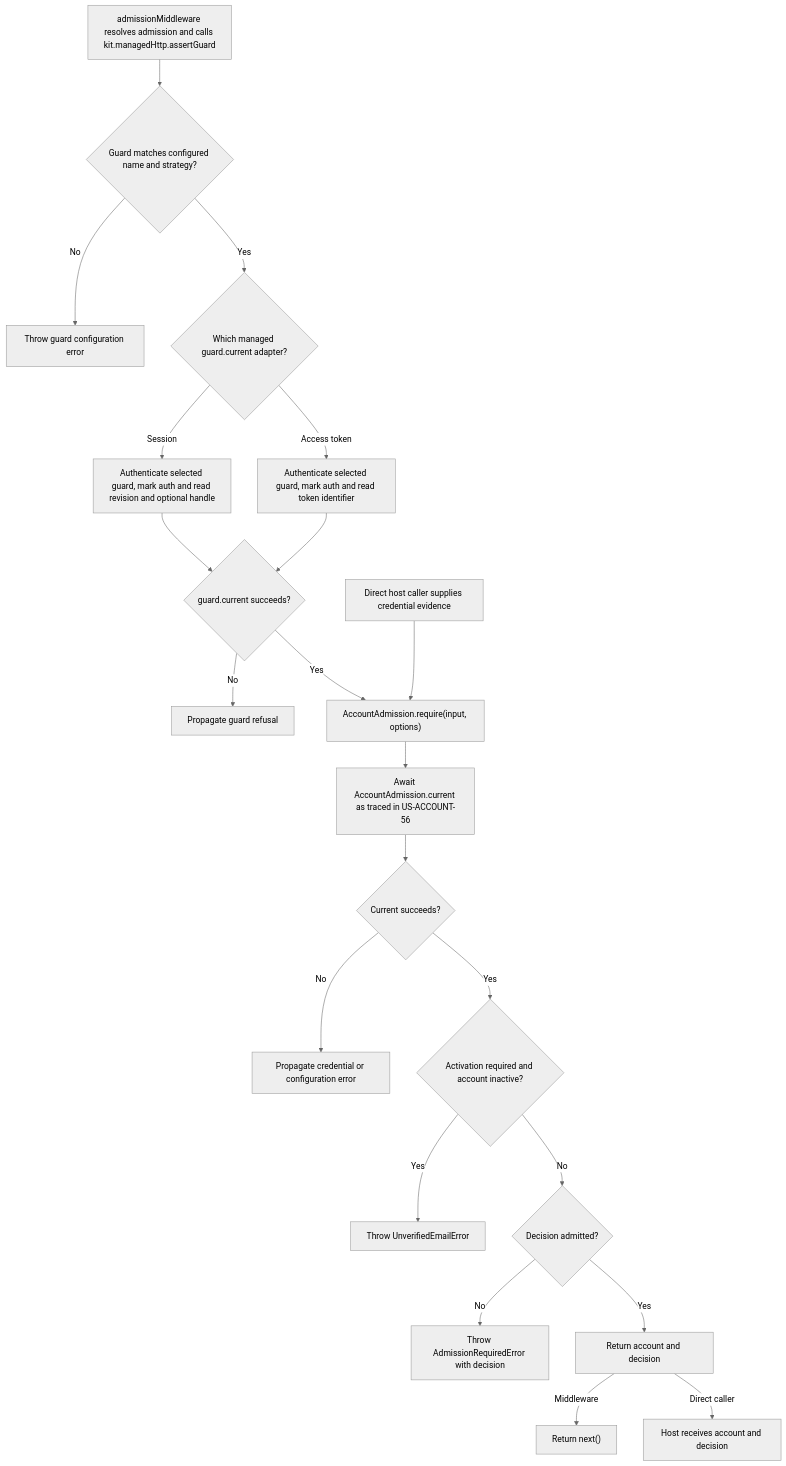
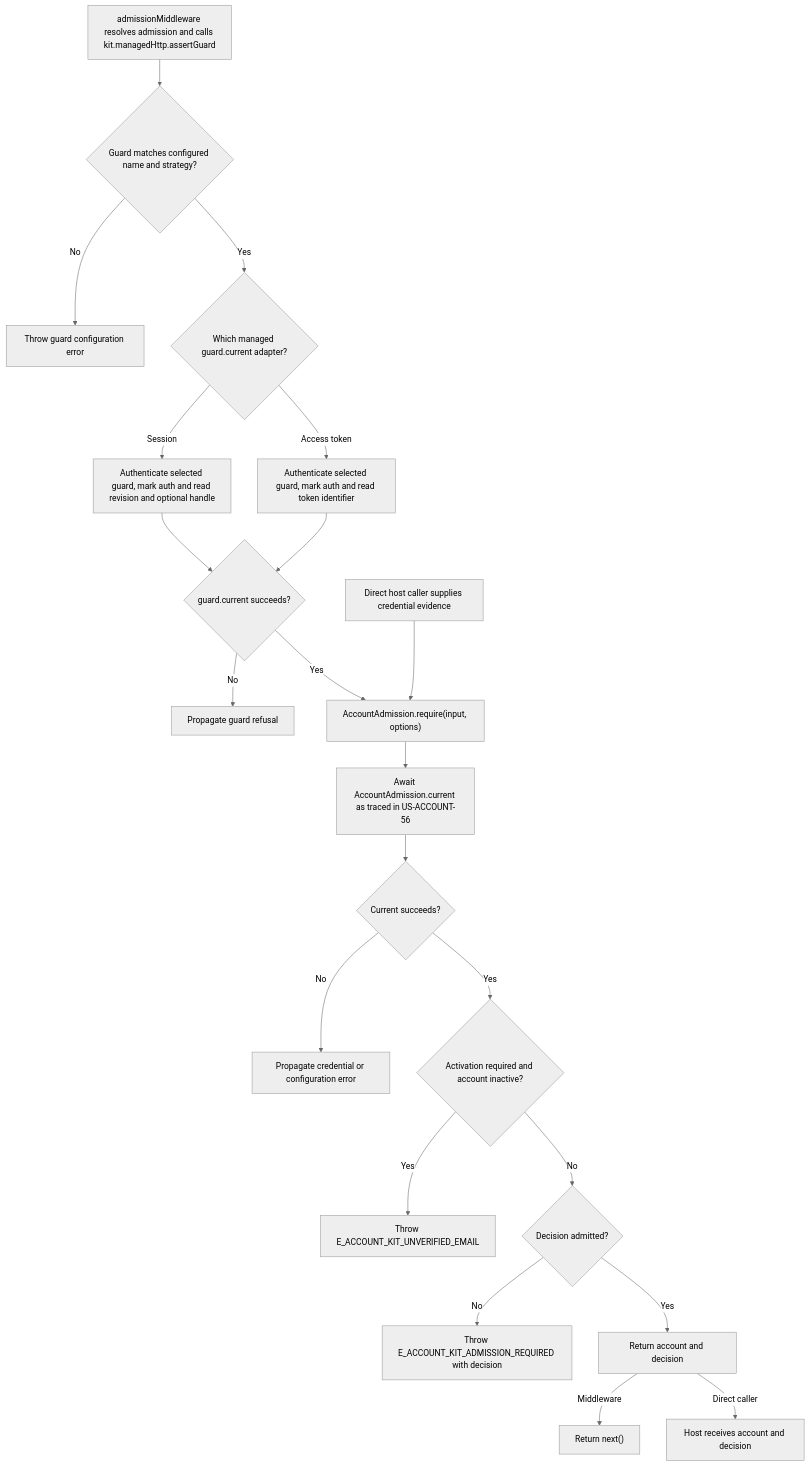
One commit to Kevinjohn/oss-adonisjs-account-kit changed the second of 2 diagrams in user-stories/US-ACCOUNT-25-gate-application-route.md. Above: the diagram before and after it, drawn with Mermaid (neutral theme). The commit also changed other lines of this file and 362 other files, not shown here.

````diff
--- a/user-stories/US-ACCOUNT-25-gate-application-route.md
+++ b/user-stories/US-ACCOUNT-25-gate-application-route.md
@@ -38,23 +38,23 @@
 ```mermaid
 flowchart TD
  A["admissionMiddleware resolves admission and calls kit.managedHttp.assertGuard"] --> B{"Guard matches configured name and strategy?"}
  B -->|No| X["Throw guard configuration error"]
  B -->|Yes| C{"Which managed guard.current adapter?"}
  C -->|Session| D["Authenticate selected guard, mark auth and read revision and optional handle"]
  C -->|Access token| E["Authenticate selected guard, mark auth and read token identifier"]
  D --> Q{"guard.current succeeds?"}
  E --> Q
  Q -->|No| Z["Propagate guard refusal"]
  Q -->|Yes| F["AccountAdmission.require(input, options)"]
  S["Direct host caller supplies credential evidence"] --> F
  F --> G["Await AccountAdmission.current as traced in US-ACCOUNT-56"]
  G --> H{"Current succeeds?"}
  H -->|No| Y["Propagate credential or configuration error"]
  H -->|Yes| I{"Activation required and account inactive?"}
- I -->|Yes| J["Throw UnverifiedEmailError"]
+ I -->|Yes| J["Throw E_ACCOUNT_KIT_UNVERIFIED_EMAIL"]
  I -->|No| K{"Decision admitted?"}
- K -->|No| L["Throw AdmissionRequiredError with decision"]
+ K -->|No| L["Throw E_ACCOUNT_KIT_ADMISSION_REQUIRED with decision"]
  K -->|Yes| M["Return account and decision"]
  M -->|Middleware| N["Return next()"]
  M -->|Direct caller| O["Host receives account and decision"]
 ```
````
